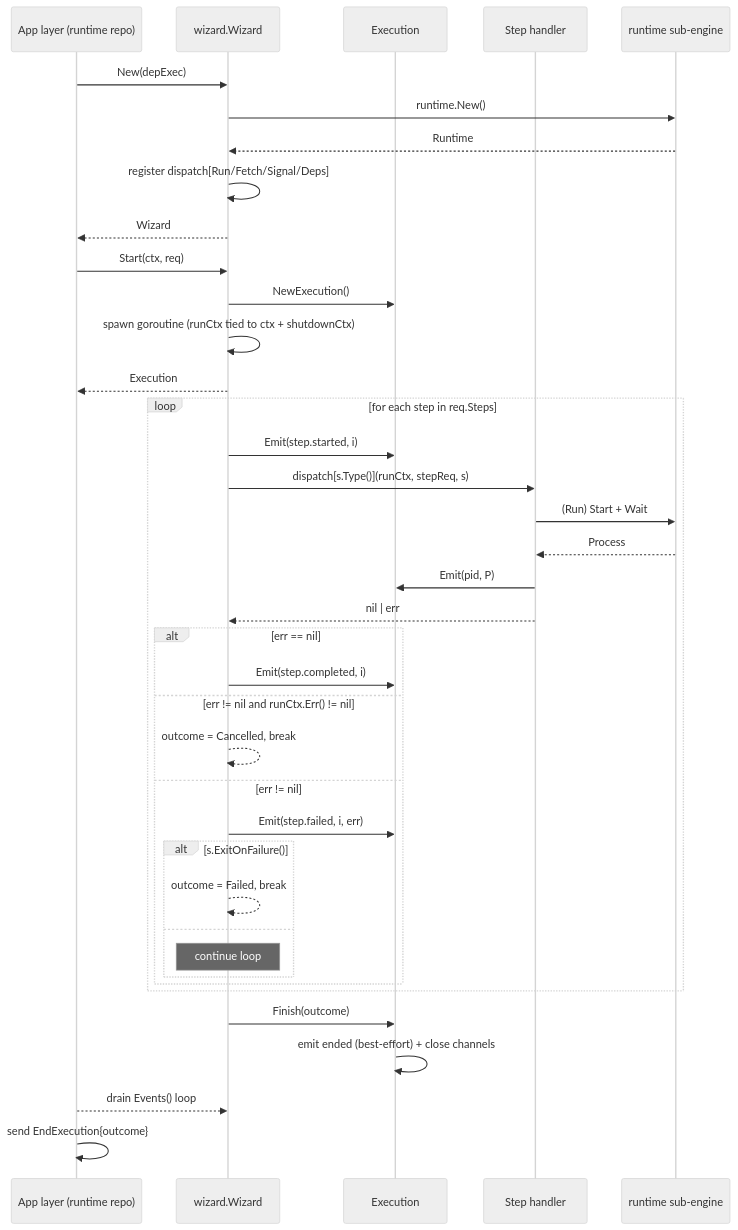
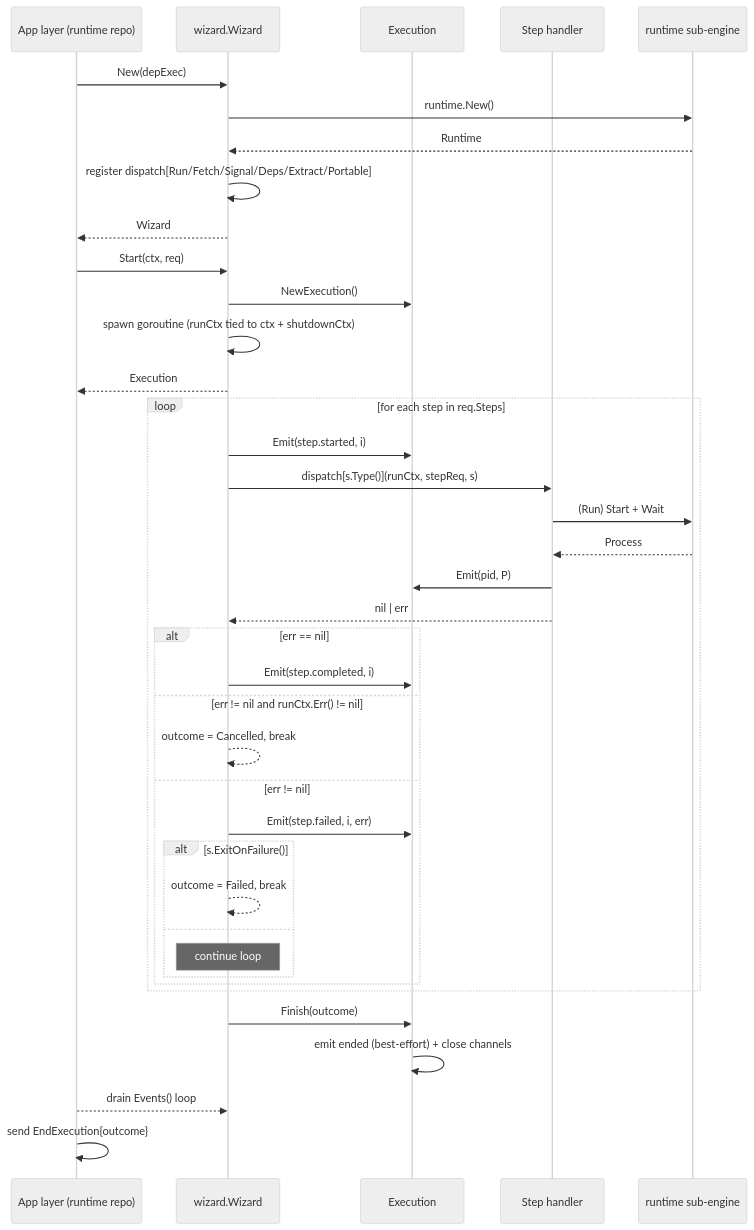
Before and after one commit to rabbytesoftware/quiver.core: the second of 6 diagrams in docs/spec/wizard.md, drawn with Mermaid (neutral theme). The commit also changed other lines of this file and 424 other files, not shown here.

````diff
--- a/docs/spec/wizard.md
+++ b/docs/spec/wizard.md
@@ -205,45 +232,45 @@
 ```mermaid
 sequenceDiagram
   participant App as App layer (runtime repo)
   participant Wiz as wizard.Wizard
   participant Exec as Execution
   participant H as Step handler
   participant RT as runtime sub-engine
 
   App->>Wiz: New(depExec)
   Wiz->>RT: runtime.New()
   RT-->>Wiz: Runtime
-  Wiz->>Wiz: register dispatch[Run/Fetch/Signal/Deps]
+  Wiz->>Wiz: register dispatch[Run/Fetch/Signal/Deps/Extract/Portable]
   Wiz-->>App: Wizard
 
   App->>Wiz: Start(ctx, req)
   Wiz->>Exec: NewExecution()
   Wiz->>Wiz: spawn goroutine (runCtx tied to ctx + shutdownCtx)
   Wiz-->>App: Execution
 
   loop for each step in req.Steps
     Wiz->>Exec: Emit(step.started, i)
     Wiz->>H: dispatch[s.Type()](runCtx, stepReq, s)
     H->>RT: (Run) Start + Wait
     RT-->>H: Process
     H->>Exec: Emit(pid, P)
     H-->>Wiz: nil | err
     alt err == nil
       Wiz->>Exec: Emit(step.completed, i)
     else err != nil and runCtx.Err() != nil
       Wiz-->>Wiz: outcome = Cancelled, break
     else err != nil
       Wiz->>Exec: Emit(step.failed, i, err)
       alt s.ExitOnFailure()
         Wiz-->>Wiz: outcome = Failed, break
       else
         Note over Wiz: continue loop
       end
     end
   end
 
   Wiz->>Exec: Finish(outcome)
   Exec->>Exec: emit ended (best-effort) + close channels
   App-->>Wiz: drain Events() loop
   App->>App: send EndExecution{outcome}
 ```
````
